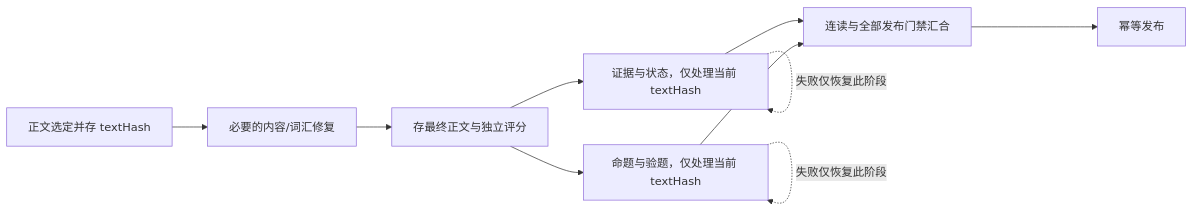
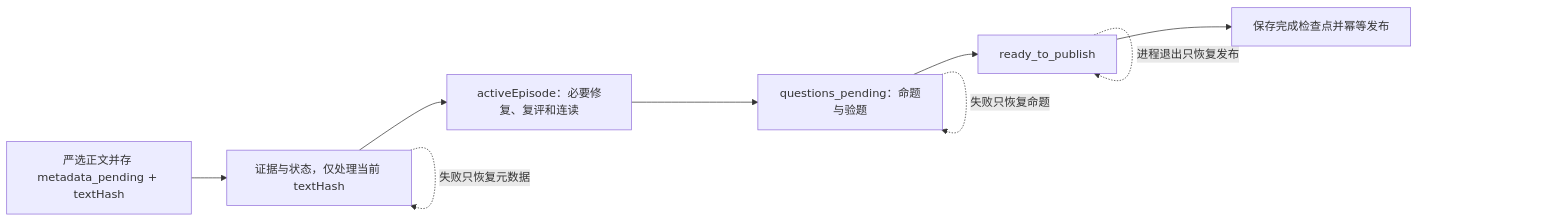
The second of 2 diagrams in server/README.md (zhuangzhineng0902/read-remember), drawn with Mermaid before and after one commit. The commit also changed other lines of this file, not shown here.

Commit message:
大模型画出整体处理流程图，并提出优化建议

````diff
--- a/server/README.md
+++ b/server/README.md
@@ -153,12 +162,11 @@
 ```mermaid
 flowchart LR
-  A["正文选定并存 textHash"] --> B["必要的内容/词汇修复"]
-  B --> C["存最终正文与独立评分"]
-  C --> D["证据与状态，仅处理当前 textHash"]
-  C --> E["命题与验题，仅处理当前 textHash"]
-  D --> F["连读与全部发布门禁汇合"]
-  E --> F
-  F --> G["幂等发布"]
-  D -. 失败仅恢复此阶段 .-> D
-  E -. 失败仅恢复此阶段 .-> E
+  A["严选正文并存 metadata_pending + textHash"] --> B["证据与状态，仅处理当前 textHash"]
+  B --> C["activeEpisode：必要修复、复评和连读"]
+  C --> D["questions_pending：命题与验题"]
+  D --> E["ready_to_publish"]
+  E --> F["保存完成检查点并幂等发布"]
+  B -. 失败只恢复元数据 .-> B
+  D -. 失败只恢复命题 .-> D
+  E -. 进程退出只恢复发布 .-> E
 ```
````
